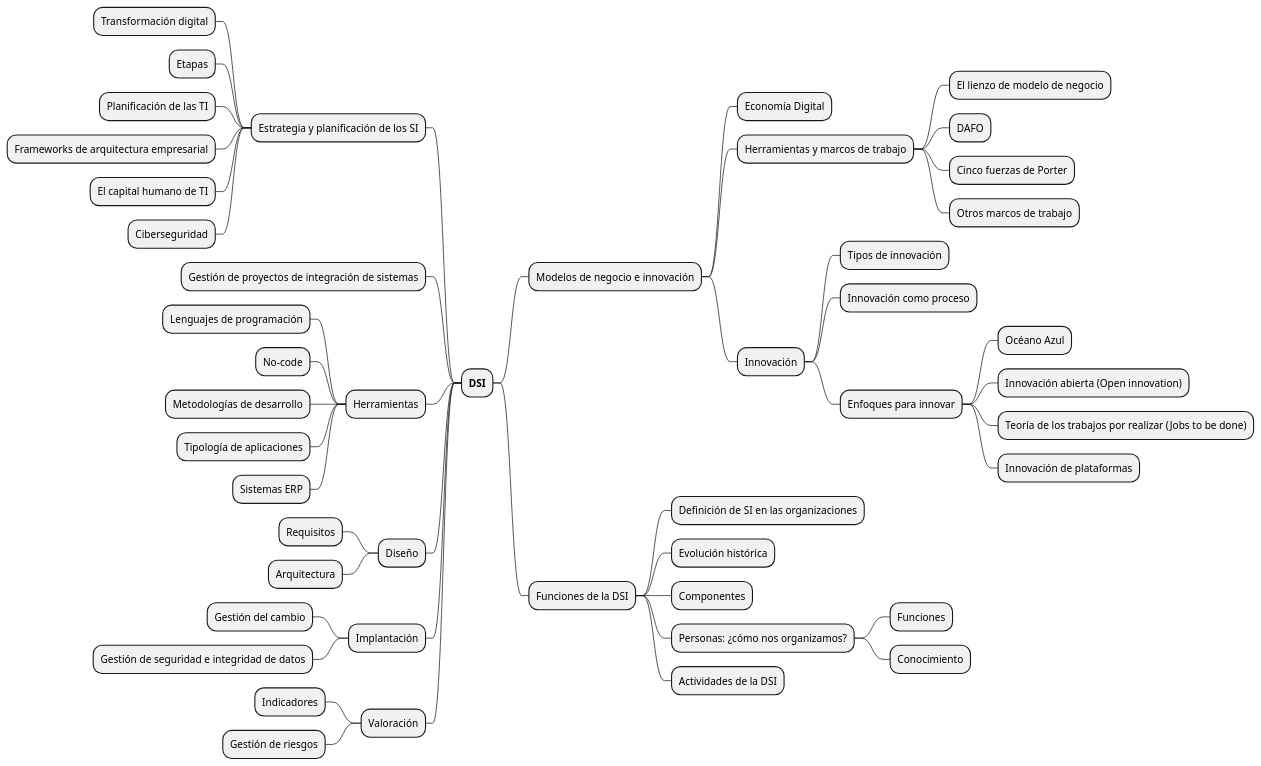
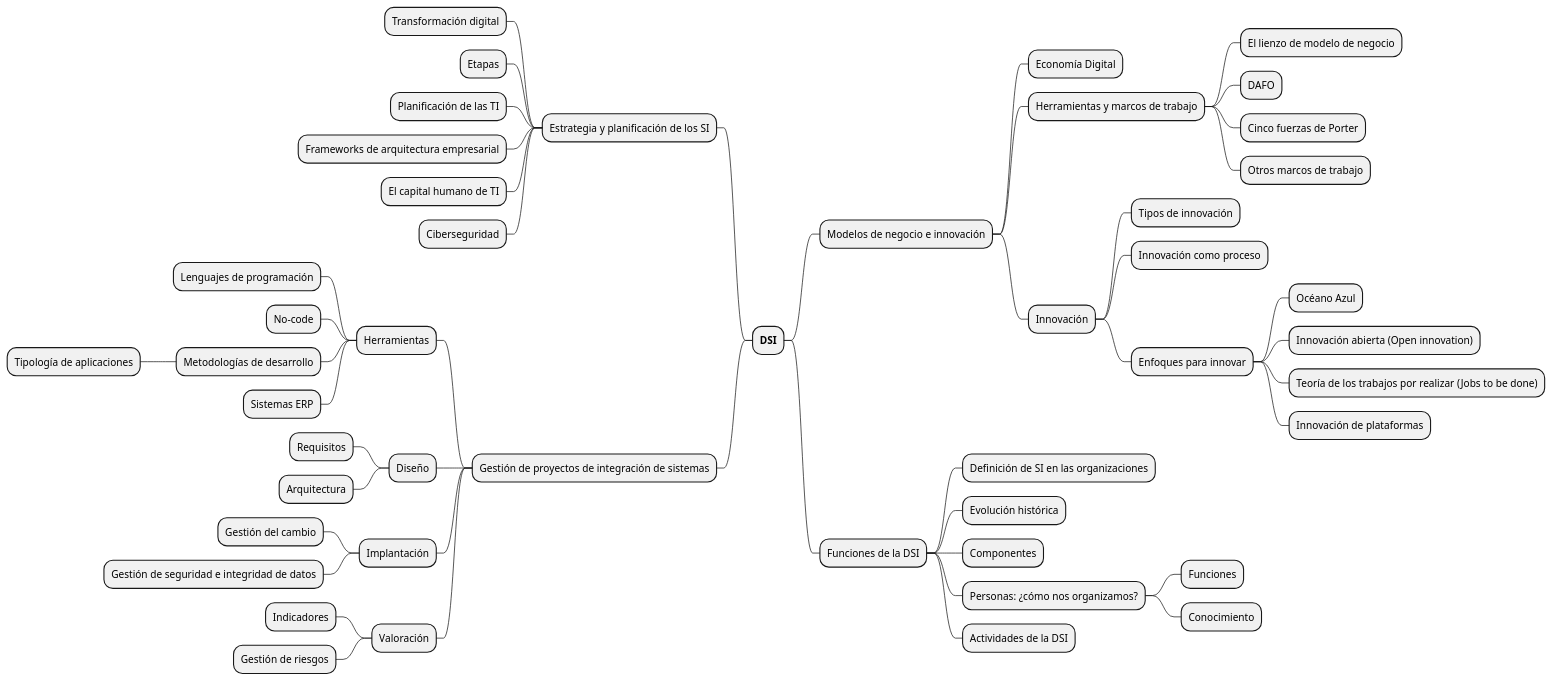
The diagram in modelosUML/unEsquema.puml (mmasias/mmasias), drawn with PlantUML before and after one commit.

```diff
--- a/modelosUML/unEsquema.puml
+++ b/modelosUML/unEsquema.puml
@@ -1,51 +1,51 @@
 @startmindmap
 
 + <b>DSI</b>
 ++ Modelos de negocio e innovación
 +++ Economía Digital
 +++ Herramientas y marcos de trabajo
 ++++ El lienzo de modelo de negocio
 ++++ DAFO
 ++++ Cinco fuerzas de Porter
 ++++ Otros marcos de trabajo
 +++ Innovación
 ++++ Tipos de innovación
 ++++ Innovación como proceso
 ++++ Enfoques para innovar
 +++++ Océano Azul
 +++++ Innovación abierta (Open innovation)
 +++++ Teoría de los trabajos por realizar (Jobs to be done)
 +++++ Innovación de plataformas
 ++ Funciones de la DSI
 +++ Definición de SI en las organizaciones
 +++ Evolución histórica
 +++ Componentes
 +++ Personas: ¿cómo nos organizamos?
 ++++ Funciones
 ++++ Conocimiento
 +++ Actividades de la DSI
 +- Estrategia y planificación de los SI
 +-- Transformación digital
 +-- Etapas
 +-- Planificación de las TI
 +-- Frameworks de arquitectura empresarial
 +-- El capital humano de TI
 +-- Ciberseguridad
 +- Gestión de proyectos de integración de sistemas
-+- Herramientas
-+-- Lenguajes de programación
-+-- No-code
-+-- Metodologías de desarrollo
-+-- Tipología de aplicaciones
-+-- Sistemas ERP
-+- Diseño
-+-- Requisitos
-+-- Arquitectura
-+- Implantación
-+-- Gestión del cambio
-+-- Gestión de seguridad e integridad de datos
-+- Valoración
-+-- Indicadores
-+-- Gestión de riesgos
++-- Herramientas
++--- Lenguajes de programación
++--- No-code
++--- Metodologías de desarrollo
++---- Tipología de aplicaciones
++--- Sistemas ERP
++-- Diseño
++--- Requisitos
++--- Arquitectura
++-- Implantación
++--- Gestión del cambio
++--- Gestión de seguridad e integridad de datos
++-- Valoración
++--- Indicadores
++--- Gestión de riesgos
 
 @endmindmap
```
